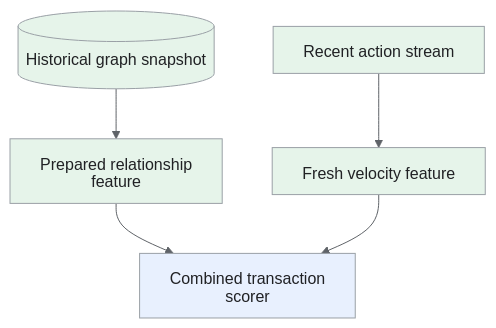
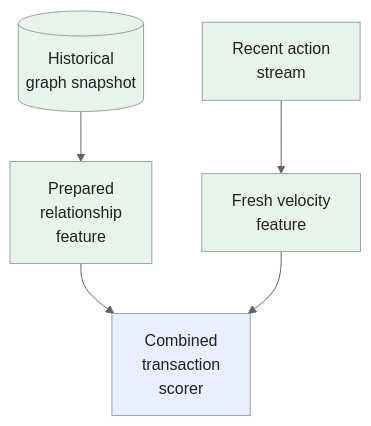
One commit to iliazlobin/iliazlobin.github.io changed the sixth of 6 diagrams in _designs/system-design-ml-fraud-detection.md. Above: the diagram before and after it, drawn with Mermaid. The commit also changed other lines of this file and 116 other files, not shown here.

````diff
--- a/_designs/system-design-ml-fraud-detection.md
+++ b/_designs/system-design-ml-fraud-detection.md
@@ -374,14 +402,14 @@
 ```mermaid
-%%{init: {'theme':'base','htmlLabels':false,'flowchart':{'htmlLabels':false},'themeVariables':{'fontFamily':'Arial, sans-serif','primaryColor':'#e8f0fe','primaryTextColor':'#202124','primaryBorderColor':'#9aa0a6','lineColor':'#5f6368','secondaryColor':'#e6f4ea','tertiaryColor':'#fef7e0','actorBkg':'#e8f0fe','actorBorder':'#9aa0a6','actorTextColor':'#202124','noteBkgColor':'#fef7e0','noteTextColor':'#202124','noteBorderColor':'#9aa0a6','signalColor':'#5f6368','signalTextColor':'#202124','labelBoxBkgColor':'#fef7e0','labelBoxBorderColor':'#9aa0a6'}}}%%
+%%{init: {"theme":"base","themeVariables":{"primaryColor":"#e8f0fe","primaryTextColor":"#202124","primaryBorderColor":"#9aa0a6","lineColor":"#5f6368","secondaryColor":"#e6f4ea","tertiaryColor":"#fef7e0","actorBkg":"#e8f0fe","actorBorder":"#9aa0a6","actorTextColor":"#202124","noteBkgColor":"#fef7e0","noteTextColor":"#202124","noteBorderColor":"#9aa0a6","signalColor":"#5f6368","signalTextColor":"#202124","labelBoxBkgColor":"#fef7e0","labelBoxBorderColor":"#9aa0a6"}}}%%
 flowchart TB
-  G[("Historical graph snapshot")] --> R["Prepared relationship feature"]
-  A["Recent action stream"] --> V["Fresh velocity feature"]
-  R --> S["Combined transaction scorer"]
+  G[("Historical<br>graph snapshot")] --> R["Prepared<br>relationship<br>feature"]
+  A["Recent action<br>stream"] --> V["Fresh velocity<br>feature"]
+  R --> S["Combined<br>transaction<br>scorer"]
   V --> S
   class G,A,R,V data
   class S request
 classDef request fill:#e8f0fe,stroke:#9aa0a6,color:#202124;
 classDef data fill:#e6f4ea,stroke:#9aa0a6,color:#202124;
 classDef control fill:#fef7e0,stroke:#9aa0a6,color:#202124;
 classDef danger fill:#fce8e6,stroke:#9aa0a6,color:#202124;
 ```
````
